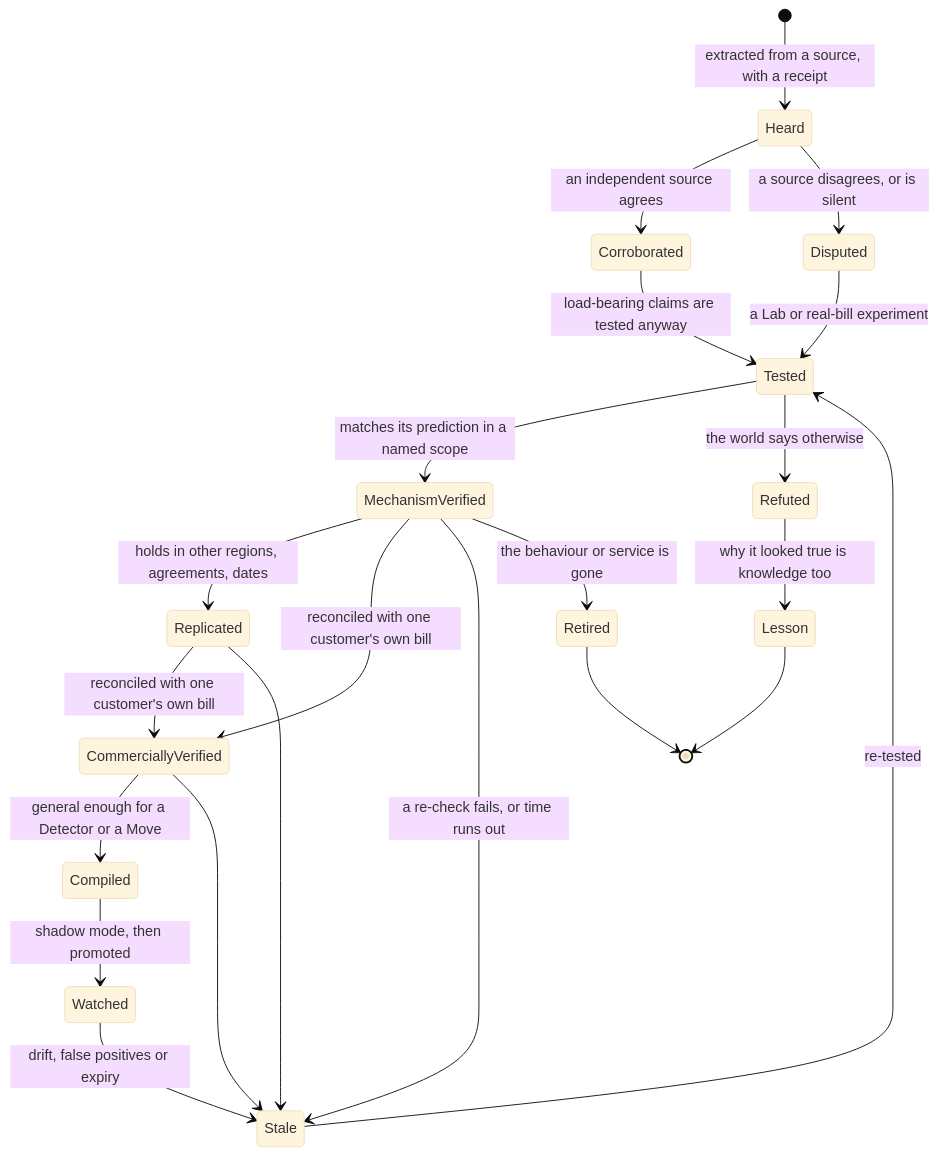
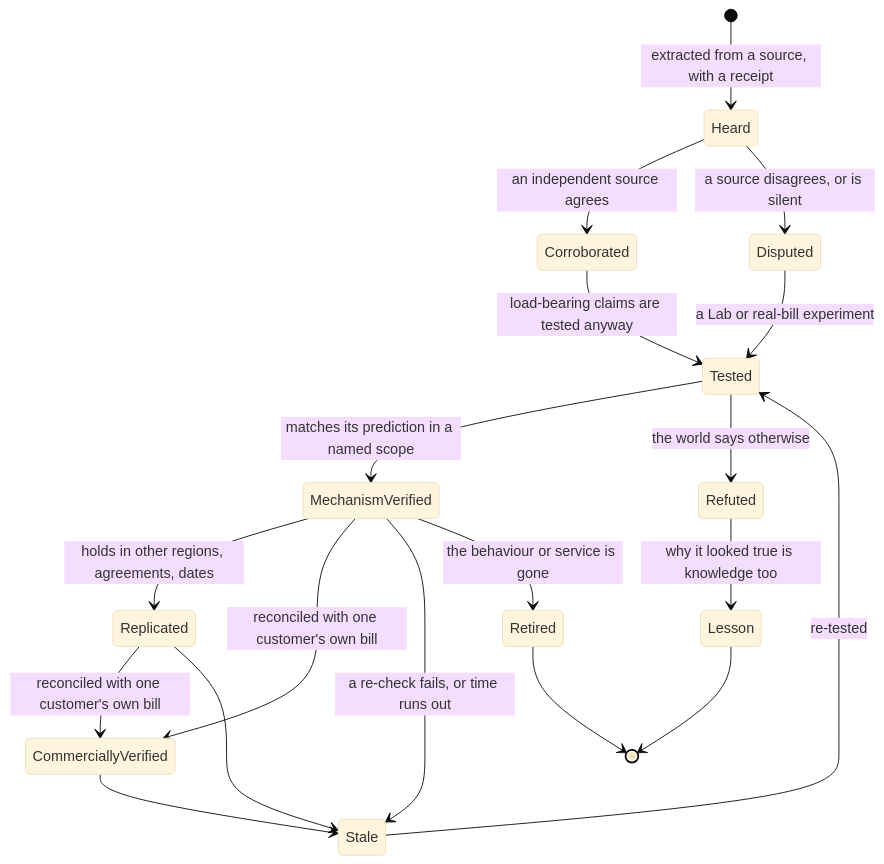
One commit to tinodo/meternaut changed the first of 2 diagrams in docs/02-learning-azure.md. Above: the diagram before and after it, drawn with Mermaid (base theme). The commit also changed other lines of this file and 26 other files, not shown here.

````diff
--- a/docs/02-learning-azure.md
+++ b/docs/02-learning-azure.md
@@ -153,24 +159,21 @@
 ```mermaid
 stateDiagram-v2
     [*] --> Heard: extracted from a source, with a receipt
     Heard --> Corroborated: an independent source agrees
     Heard --> Disputed: a source disagrees, or is silent
     Disputed --> Tested: a Lab or real-bill experiment
     Corroborated --> Tested: load-bearing claims are tested anyway
     Tested --> MechanismVerified: matches its prediction in a named scope
     Tested --> Refuted: the world says otherwise
     MechanismVerified --> Replicated: holds in other regions, agreements, dates
     MechanismVerified --> CommerciallyVerified: reconciled with one customer's own bill
     Replicated --> CommerciallyVerified: reconciled with one customer's own bill
-    CommerciallyVerified --> Compiled: general enough for a Detector or a Move
-    Compiled --> Watched: shadow mode, then promoted
     MechanismVerified --> Stale: a re-check fails, or time runs out
     Replicated --> Stale
     CommerciallyVerified --> Stale
-    Watched --> Stale: drift, false positives or expiry
     Stale --> Tested: re-tested
     Refuted --> Lesson: why it looked true is knowledge too
     MechanismVerified --> Retired: the behaviour or service is gone
     Lesson --> [*]
     Retired --> [*]
 ```
````
